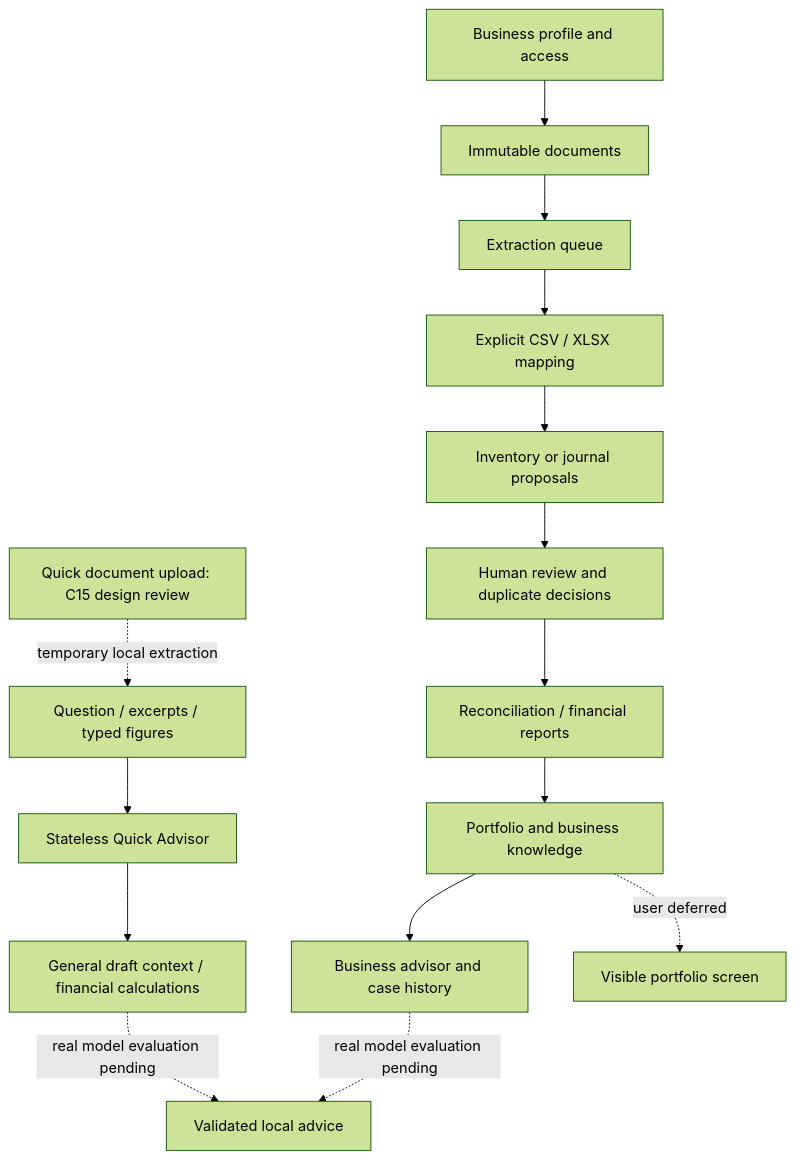
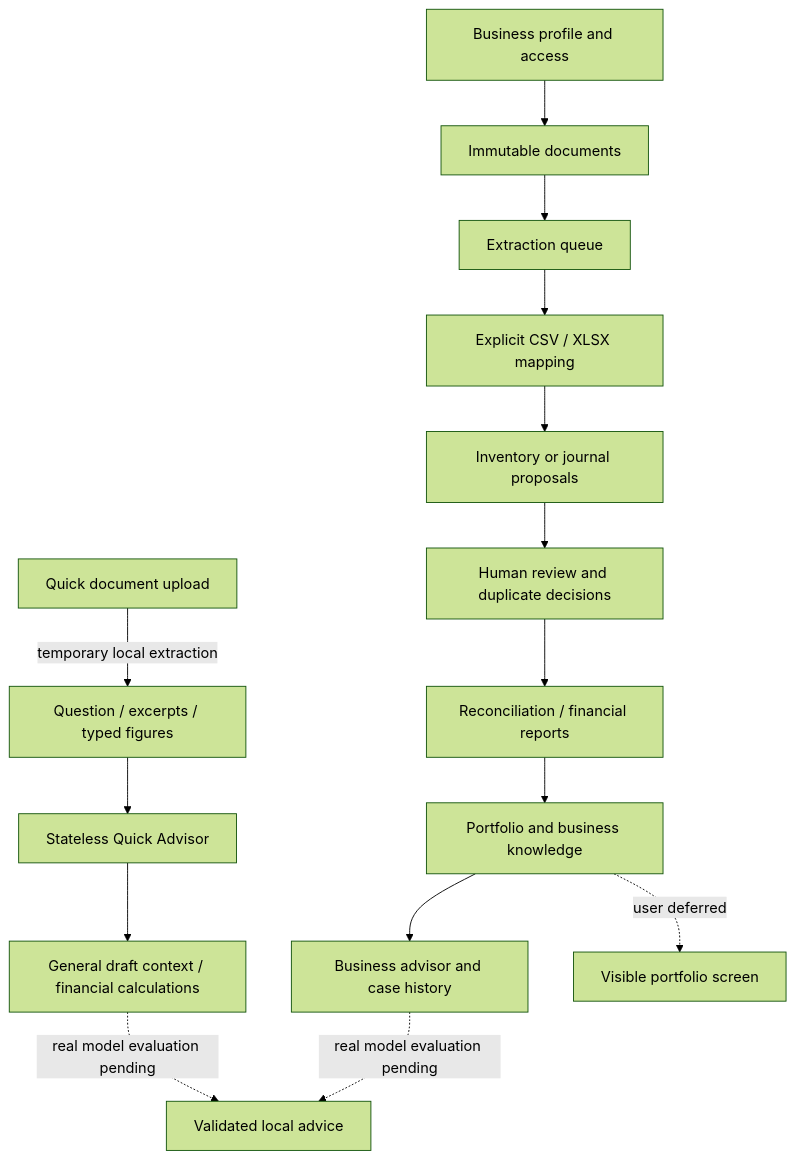
The diagram in research/PROGRESS.md (alisunkazemi21-cloud/Herman-SME-Financial-Advisor-Perisan), drawn with Mermaid (forest theme) before and after one commit. The commit also changed other lines of this file and 22 other files, not shown here.

Commit message:
Add stateless Quick document intake with bounded parser cleanup

````diff
--- a/research/PROGRESS.md
+++ b/research/PROGRESS.md
@@ -23,17 +23,17 @@
 ```mermaid
 flowchart TD
     A[Business profile and access] --> B[Immutable documents]
     B --> C[Extraction queue]
     C --> D[Explicit CSV / XLSX mapping]
     D --> E[Inventory or journal proposals]
     E --> F[Human review and duplicate decisions]
     F --> G[Reconciliation / financial reports]
     G --> H[Portfolio and business knowledge]
     H --> I[Business advisor and case history]
     J[Question / excerpts / typed figures] --> K[Stateless Quick Advisor]
-    O[Quick document upload: C15 design review] -. temporary local extraction .-> J
+    O[Quick document upload] -->|temporary local extraction| J
     K --> L[General draft context / financial calculations]
     L -. real model evaluation pending .-> N[Validated local advice]
     H -. user deferred .-> M[Visible portfolio screen]
     I -. real model evaluation pending .-> N[Validated local advice]
 ```
````
